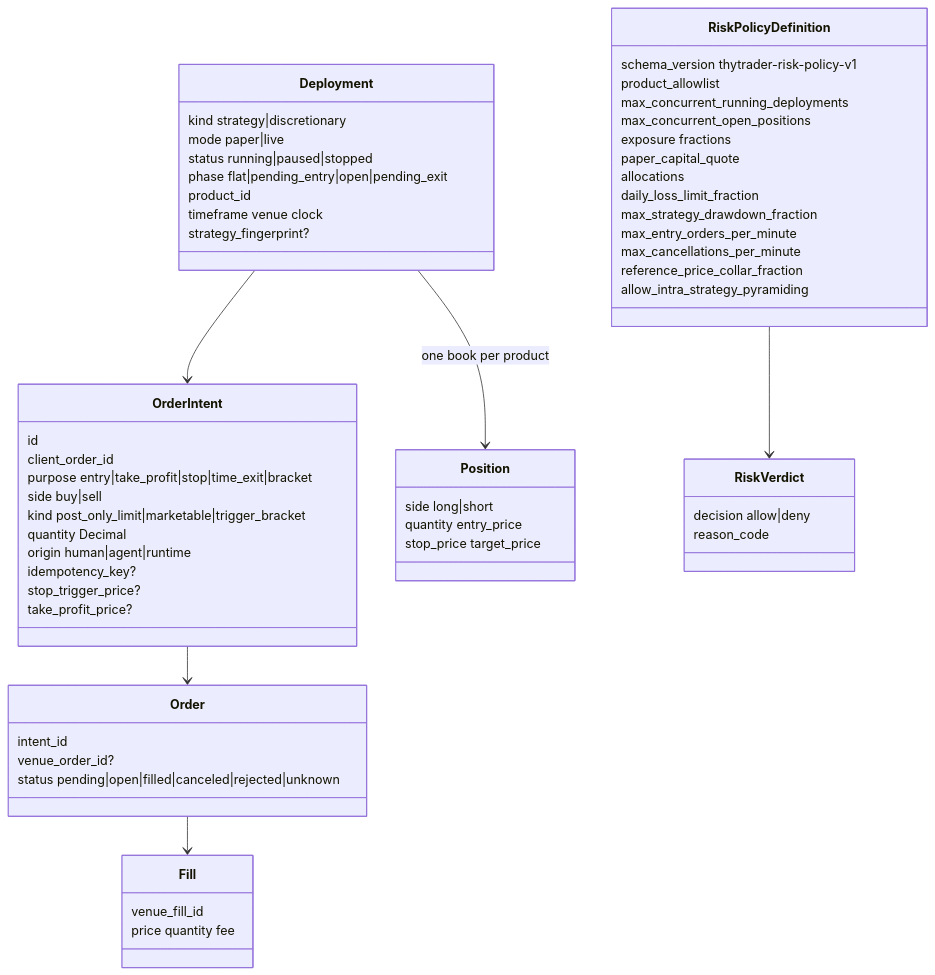
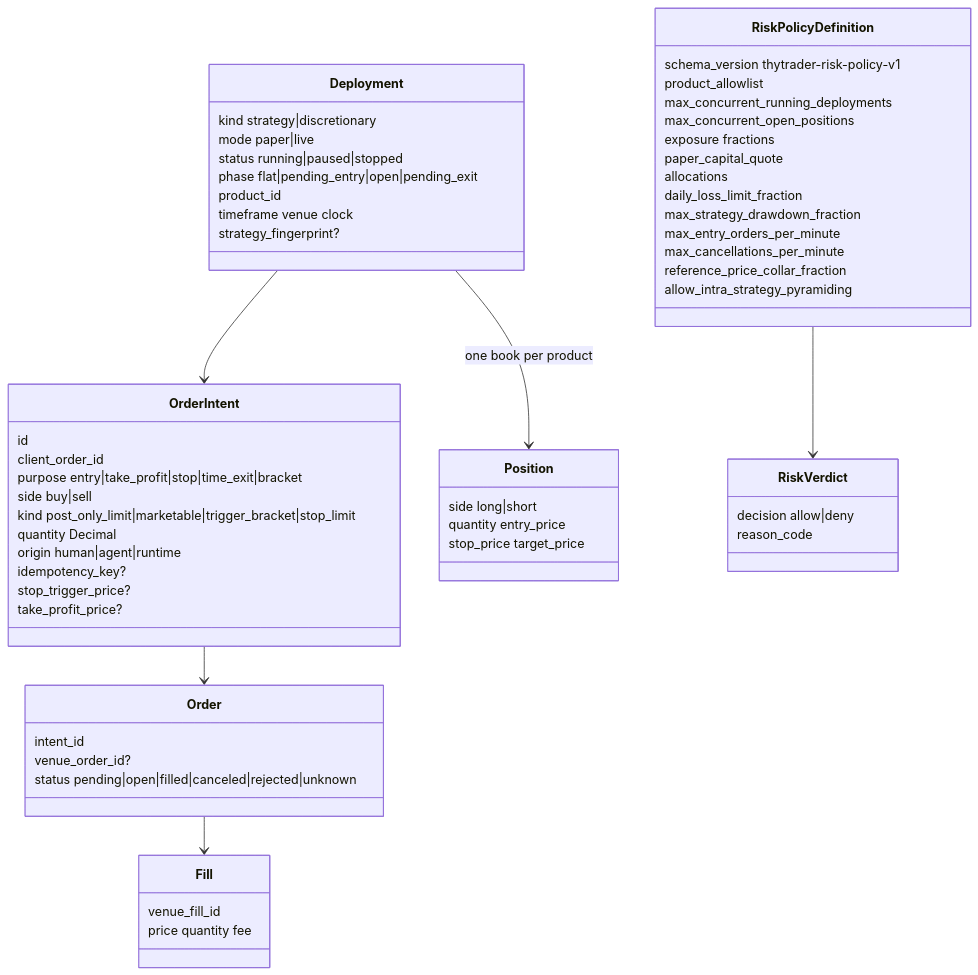
The second of 4 diagrams in docs/architecture/contracts/execution.md (Zoltesh/thytrader), drawn with Mermaid before and after one commit. The commit also changed other lines of this file and 93 other files, not shown here.

````diff
--- a/docs/architecture/contracts/execution.md
+++ b/docs/architecture/contracts/execution.md
@@ -34,62 +36,62 @@
 ```mermaid
 classDiagram
   class Deployment {
     kind strategy|discretionary
     mode paper|live
     status running|paused|stopped
     phase flat|pending_entry|open|pending_exit
     product_id
     timeframe venue clock
     strategy_fingerprint?
   }
   class OrderIntent {
     id
     client_order_id
     purpose entry|take_profit|stop|time_exit|bracket
     side buy|sell
-    kind post_only_limit|marketable|trigger_bracket
+    kind post_only_limit|marketable|trigger_bracket|stop_limit
     quantity Decimal
     origin human|agent|runtime
     idempotency_key?
     stop_trigger_price?
     take_profit_price?
   }
   class Order {
     intent_id
     venue_order_id?
     status pending|open|filled|canceled|rejected|unknown
   }
   class Fill {
     venue_fill_id
     price quantity fee
   }
   class Position {
     side long|short
     quantity entry_price
     stop_price target_price
   }
   class RiskPolicyDefinition {
     schema_version thytrader-risk-policy-v1
     product_allowlist
     max_concurrent_running_deployments
     max_concurrent_open_positions
     exposure fractions
     paper_capital_quote
     allocations
     daily_loss_limit_fraction
     max_strategy_drawdown_fraction
     max_entry_orders_per_minute
     max_cancellations_per_minute
     reference_price_collar_fraction
     allow_intra_strategy_pyramiding
   }
   class RiskVerdict {
     decision allow|deny
     reason_code
   }
   Deployment --> OrderIntent
   OrderIntent --> Order
   Order --> Fill
   Deployment --> Position : one book per product
   RiskPolicyDefinition --> RiskVerdict
 ```
````
